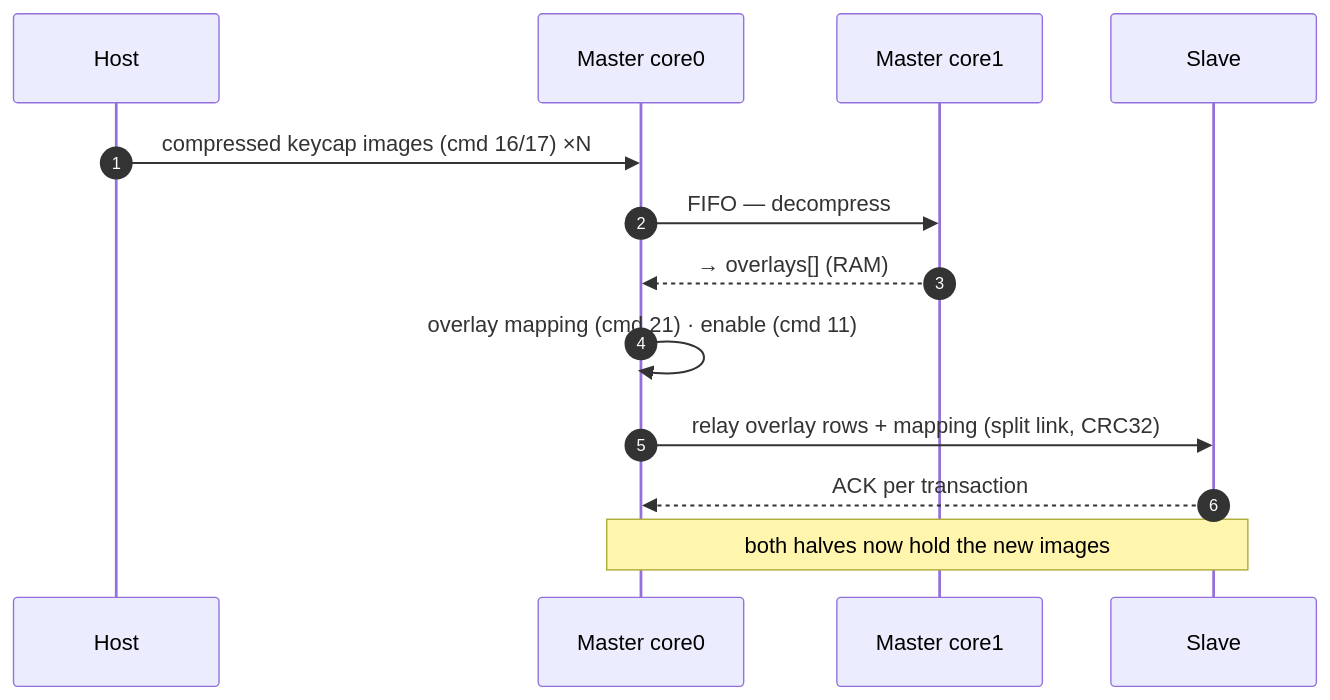
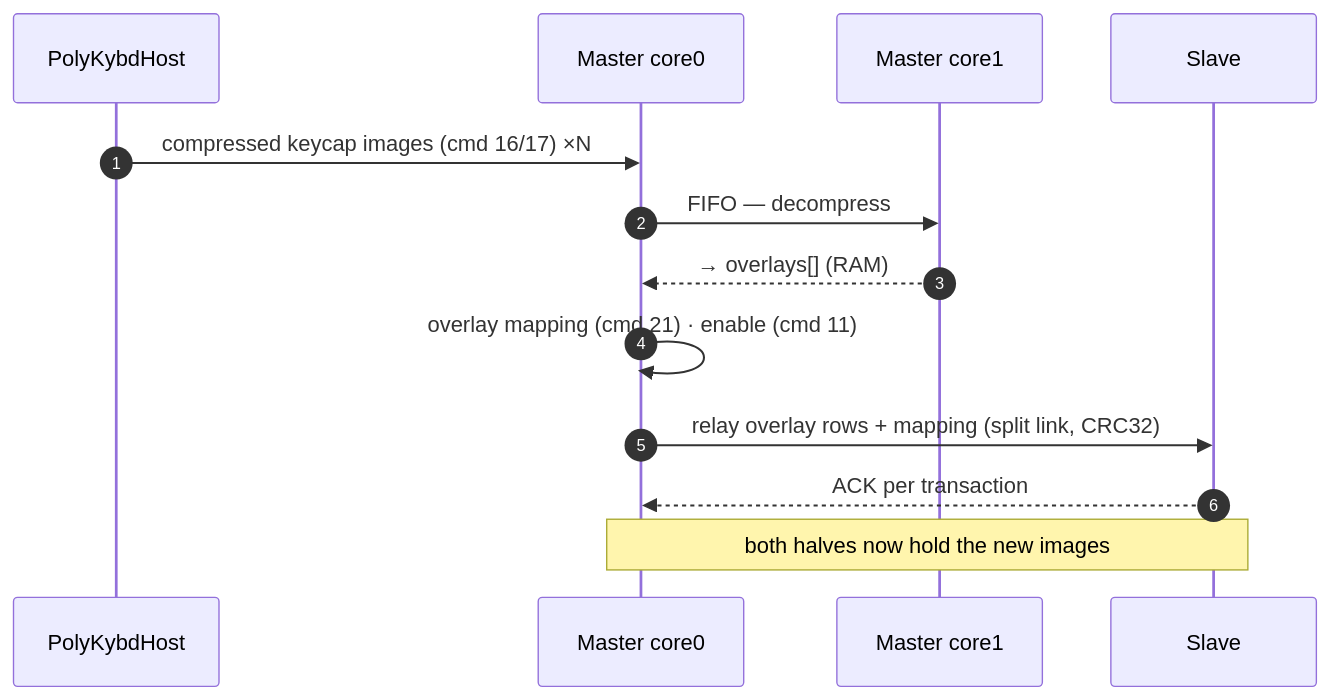
One commit to thpoll83/polykybd-docs changed the third of 6 diagrams in src/content/docs/development/system-model.mdx. Above: the diagram before and after it, drawn with Mermaid. The commit also changed other lines of this file, not shown here.

First line of the commit message:
docs: name the host software explicitly as PolyKybdHost

````diff
--- a/src/content/docs/development/system-model.mdx
+++ b/src/content/docs/development/system-model.mdx
@@ -166,15 +166,15 @@
 ```mermaid
 sequenceDiagram
   autonumber
-  participant H as Host
+  participant H as PolyKybdHost
   participant M0 as Master core0
   participant M1 as Master core1
   participant S as Slave
   H->>M0: compressed keycap images (cmd 16/17) ×N
   M0->>M1: FIFO — decompress
   M1-->>M0: → overlays[] (RAM)
   M0->>M0: overlay mapping (cmd 21) · enable (cmd 11)
   M0->>S: relay overlay rows + mapping (split link, CRC32)
   S-->>M0: ACK per transaction
   Note over M0,S: both halves now hold the new images
 ```
````
